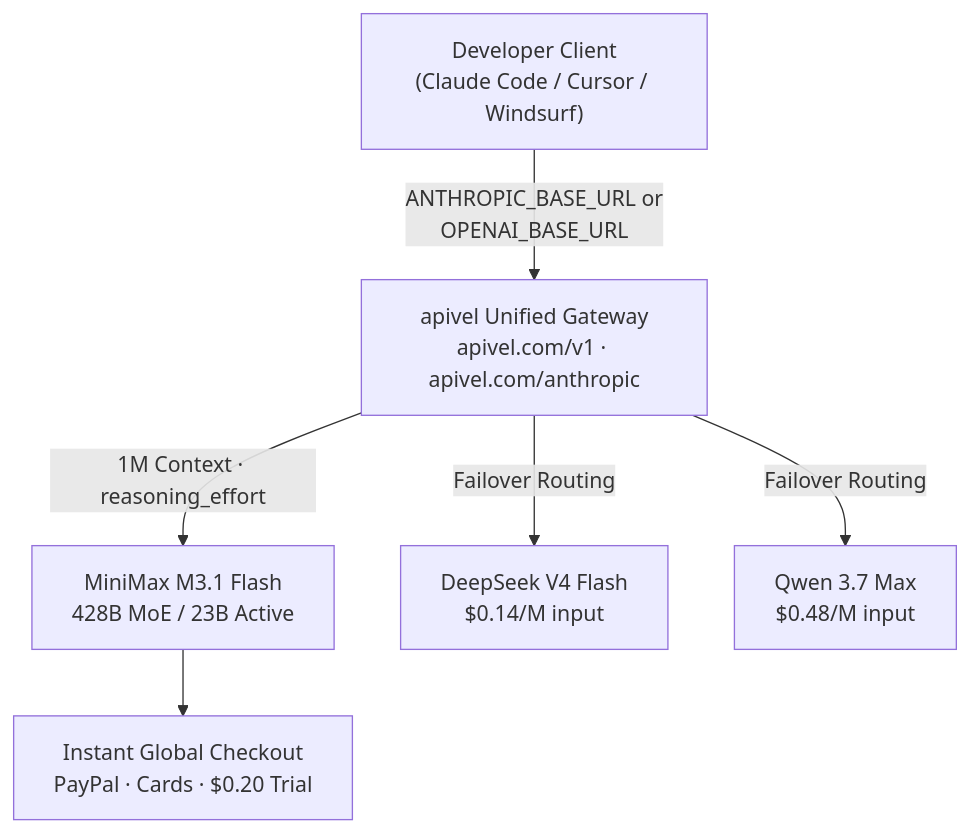
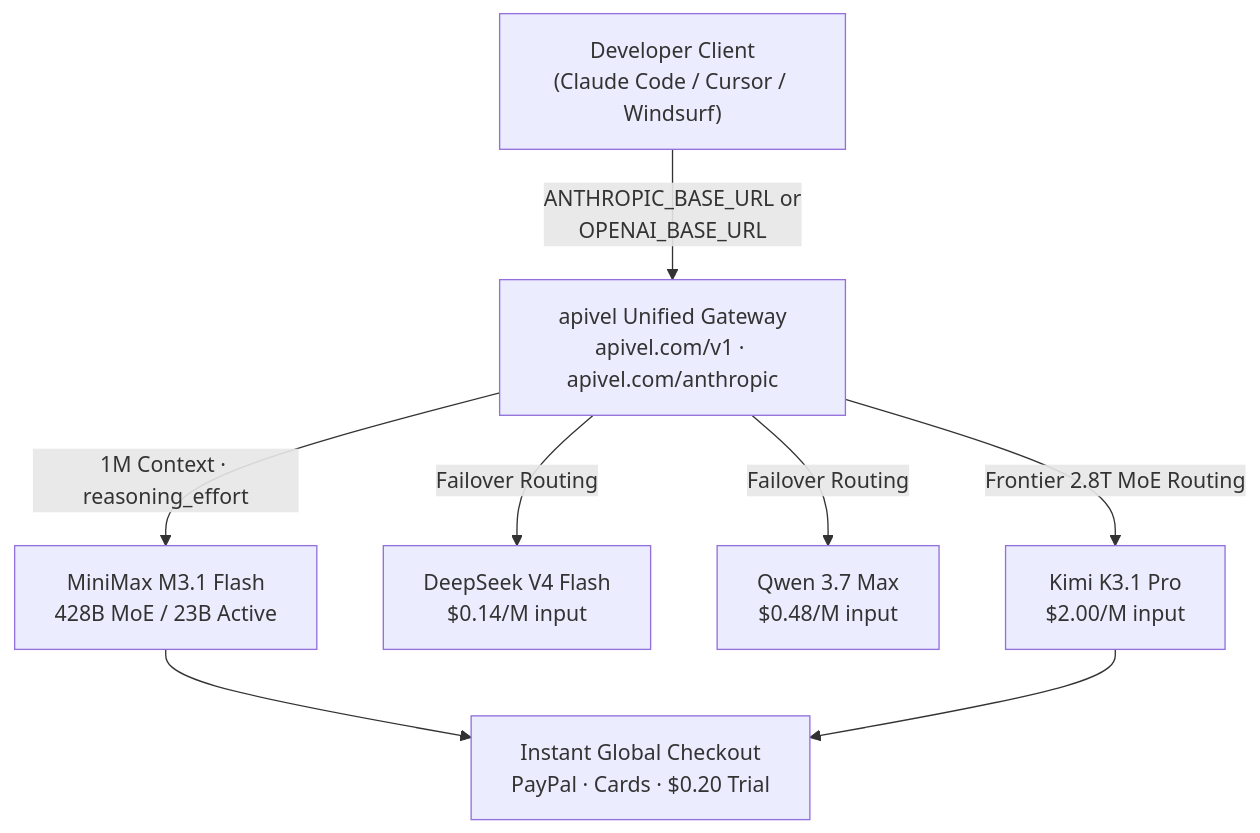
One commit to bshx2024/apivel_blog changed the diagram in src/content/blog/minimax-m3-flash-api-setup-benchmark.md. Above: the diagram before and after it, drawn with Mermaid. The commit also changed other lines of this file and 9 other files, not shown here.

Commit message:
feat(blog): publish Kimi K3.1 Pro pricing benchmarks and API access guide with bidirectional mesh

````diff
--- a/src/content/blog/minimax-m3-flash-api-setup-benchmark.md
+++ b/src/content/blog/minimax-m3-flash-api-setup-benchmark.md
@@ -43,8 +43,10 @@
 ```mermaid
 graph TD
     A["Developer Client<br/>(Claude Code / Cursor / Windsurf)"] -->|"ANTHROPIC_BASE_URL or<br/>OPENAI_BASE_URL"| B["apivel Unified Gateway<br/>apivel.com/v1 · apivel.com/anthropic"]
     B -->|"1M Context · reasoning_effort"| C["MiniMax M3.1 Flash<br/>428B MoE / 23B Active"]
     B -->|"Failover Routing"| D["DeepSeek V4 Flash<br/>$0.14/M input"]
     B -->|"Failover Routing"| E["Qwen 3.7 Max<br/>$0.48/M input"]
+    B -->|"Frontier 2.8T MoE Routing"| K["Kimi K3.1 Pro<br/>$2.00/M input"]
     C --> F["Instant Global Checkout<br/>PayPal · Cards · $0.20 Trial"]
+    K --> F
 ```
````
